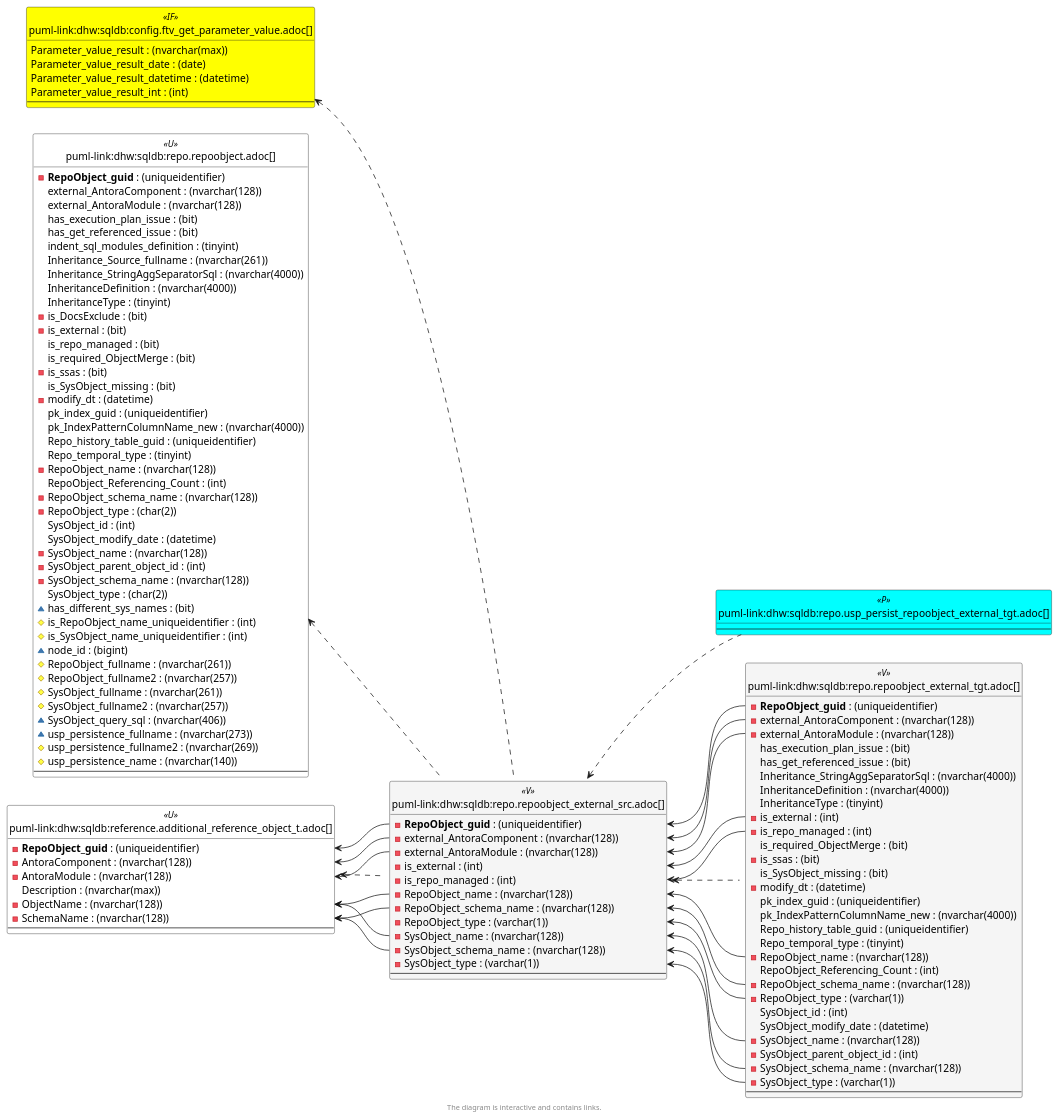
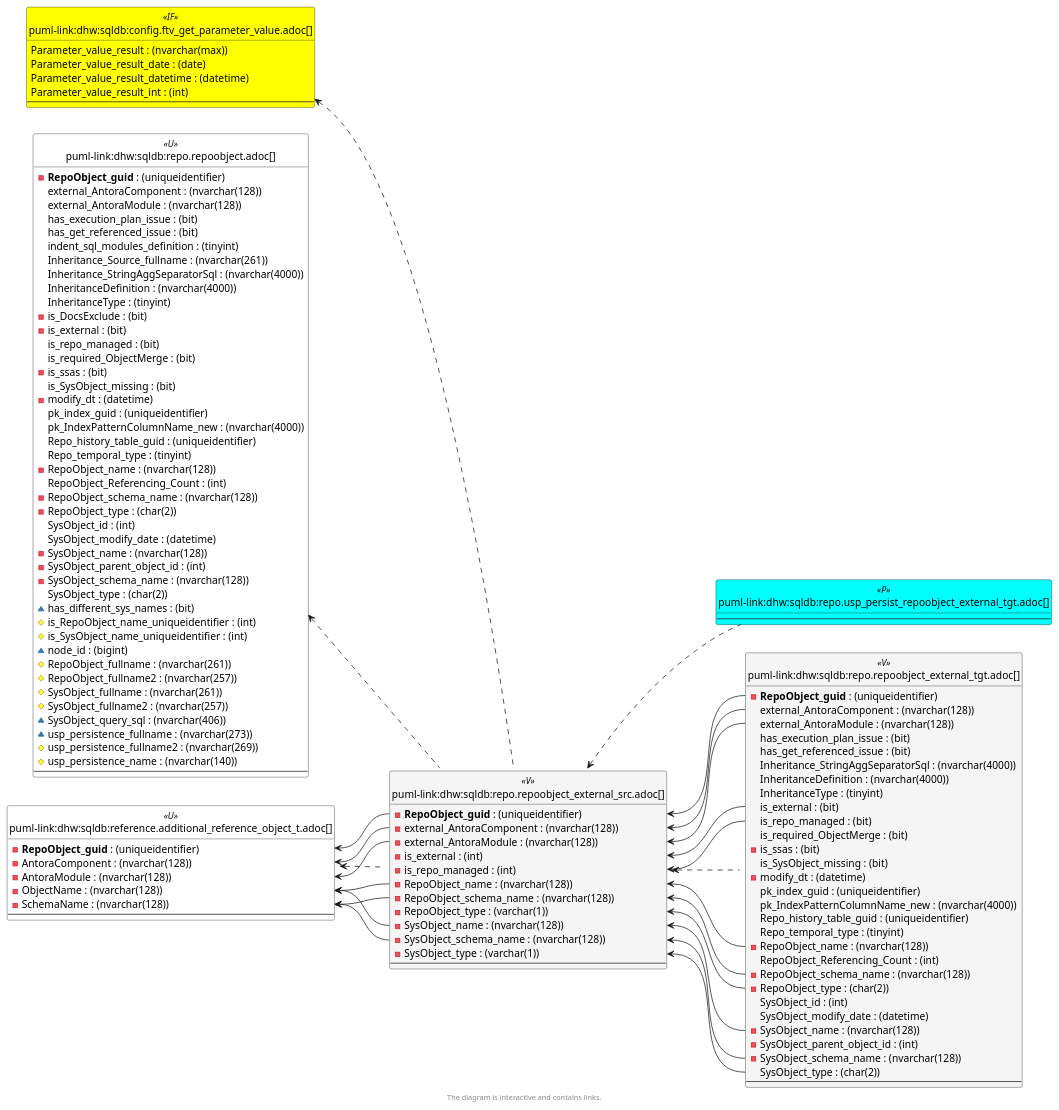
The sixth of 6 diagrams in docs/modules/sqldb/partials/content/repo.repoobject_external_src.adoc (DataHandwerk/dhw-antora-sqldb), drawn with PlantUML before and after one commit. The commit also changed other lines of this file and 641 other files, not shown here.

```diff
--- a/docs/modules/sqldb/partials/content/repo.repoobject_external_src.adoc
+++ b/docs/modules/sqldb/partials/content/repo.repoobject_external_src.adoc
@@ -3740,7 +3740,6 @@
   - **RepoObject_guid** : (uniqueidentifier)
   - AntoraComponent : (nvarchar(128))
   - AntoraModule : (nvarchar(128))
-  Description : (nvarchar(max))
   - ObjectName : (nvarchar(128))
   - SchemaName : (nvarchar(128))
   --
@@ -3810,15 +3809,15 @@
 
 entity "puml-link:dhw:sqldb:repo.repoobject_external_tgt.adoc[]" as repo.RepoObject_external_tgt << V >> {
   - **RepoObject_guid** : (uniqueidentifier)
-  - external_AntoraComponent : (nvarchar(128))
-  - external_AntoraModule : (nvarchar(128))
+  external_AntoraComponent : (nvarchar(128))
+  external_AntoraModule : (nvarchar(128))
   has_execution_plan_issue : (bit)
   has_get_referenced_issue : (bit)
   Inheritance_StringAggSeparatorSql : (nvarchar(4000))
   InheritanceDefinition : (nvarchar(4000))
   InheritanceType : (tinyint)
-  - is_external : (int)
-  - is_repo_managed : (int)
+  is_external : (bit)
+  is_repo_managed : (bit)
   is_required_ObjectMerge : (bit)
   - is_ssas : (bit)
   is_SysObject_missing : (bit)
@@ -3830,13 +3829,13 @@
   - RepoObject_name : (nvarchar(128))
   RepoObject_Referencing_Count : (int)
   - RepoObject_schema_name : (nvarchar(128))
-  - RepoObject_type : (varchar(1))
+  - RepoObject_type : (char(2))
   SysObject_id : (int)
   SysObject_modify_date : (datetime)
   - SysObject_name : (nvarchar(128))
   - SysObject_parent_object_id : (int)
   - SysObject_schema_name : (nvarchar(128))
-  - SysObject_type : (varchar(1))
+  SysObject_type : (char(2))
   --
 }
 
```
